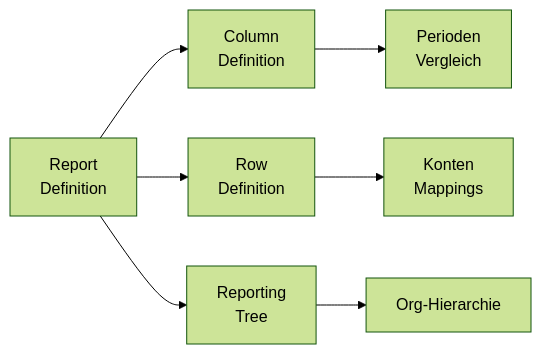
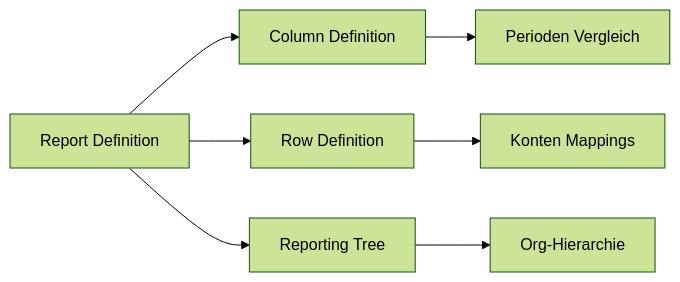
Before and after one commit to SoniiiT/notes-n-docs: the sixth of 6 diagrams in Microsoft 365/Dynamics 365/Dynamics 365 Finance.md, drawn with Mermaid (forest theme). The commit also changed other lines of this file and 124 other files, not shown here.

First line of the commit message:
fix: Entferne \n aus allen Mermaid-Diagrammen (125 Dateien)

````diff
--- a/Microsoft 365/Dynamics 365/Dynamics 365 Finance.md
+++ b/Microsoft 365/Dynamics 365/Dynamics 365 Finance.md
@@ -269,9 +269,9 @@
 ```mermaid
 graph LR
-    RD[Report\nDefinition] --> CD[Column\nDefinition]
-    RD --> ROW[Row\nDefinition]
-    RD --> TREE[Reporting\nTree]
-    CD --> DATES[Perioden\nVergleich]
-    ROW --> ACCTS[Konten\nMappings]
+    RD[Report Definition] --> CD[Column Definition]
+    RD --> ROW[Row Definition]
+    RD --> TREE[Reporting Tree]
+    CD --> DATES[Perioden Vergleich]
+    ROW --> ACCTS[Konten Mappings]
     TREE --> ORG[Org-Hierarchie]
 ```
````
